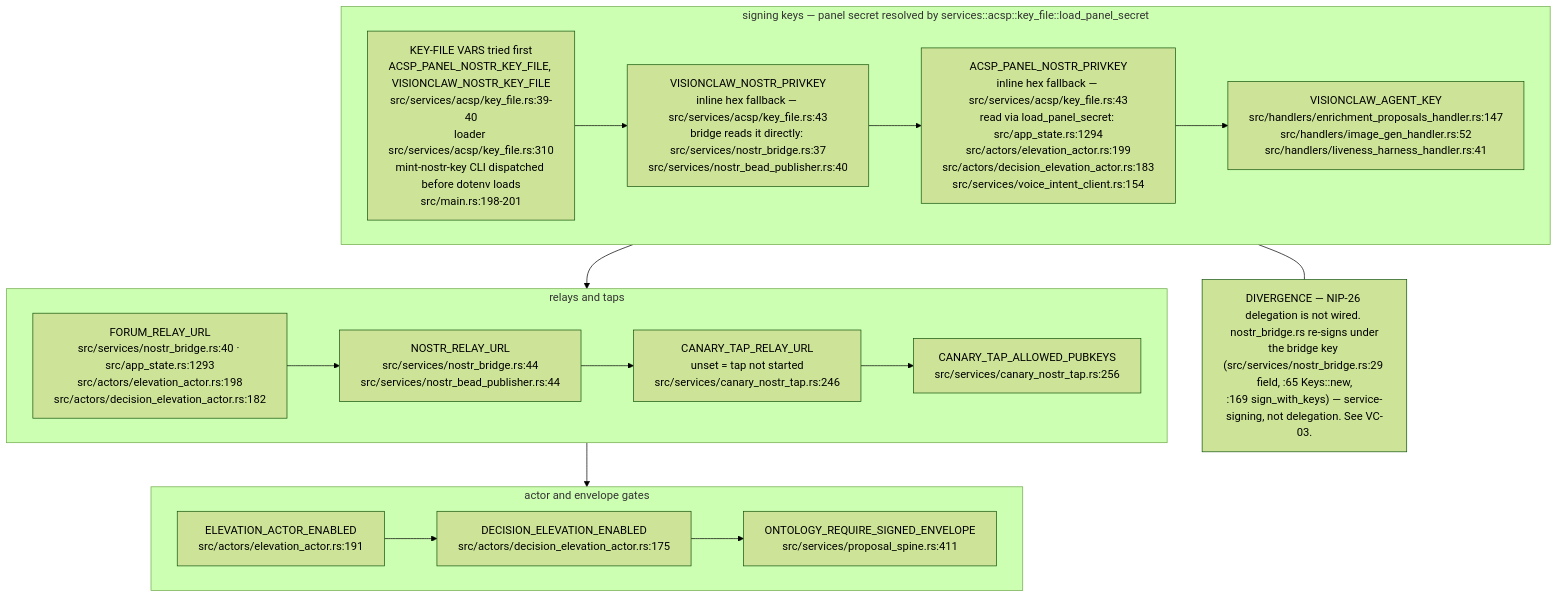
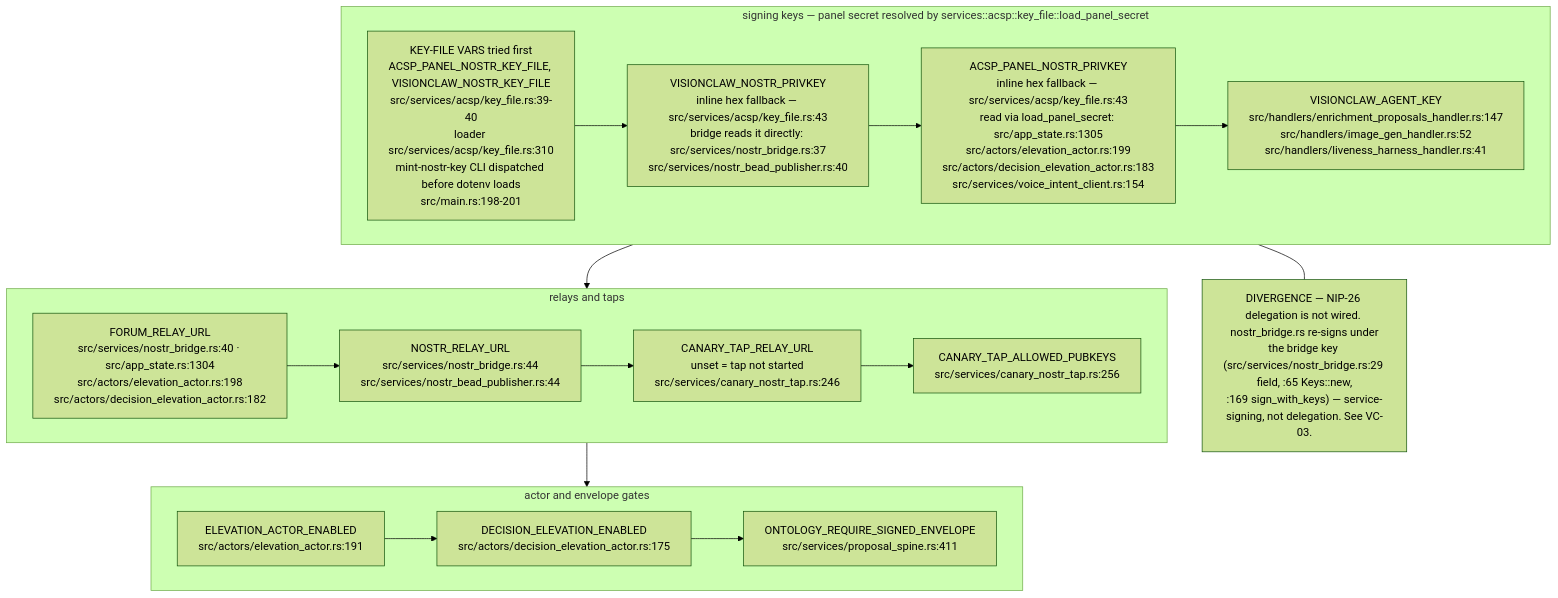
One commit to DreamLab-AI/VisionFlow changed the tenth of 16 diagrams in docs/diagrams/visionclaw/09-config-and-env-flags.md. Above: the diagram before and after it, drawn with Mermaid (forest theme). The commit also changed other lines of this file and 81 other files, not shown here.

First line of the commit message:
docs(diagrams): roll VisionClaw topics to main 010e1109b (PR 37 and 38 merged); fix remaining prose citations

````diff
--- a/docs/diagrams/visionclaw/09-config-and-env-flags.md
+++ b/docs/diagrams/visionclaw/09-config-and-env-flags.md
@@ -452,15 +452,15 @@
 ```mermaid
 flowchart TB
     subgraph KEYS["signing keys — panel secret resolved by services::acsp::key_file::load_panel_secret"]
-        K0["KEY-FILE VARS tried first<br/>ACSP_PANEL_NOSTR_KEY_FILE, VISIONCLAW_NOSTR_KEY_FILE<br/>src/services/acsp/key_file.rs:39-40<br/>loader src/services/acsp/key_file.rs:310<br/>mint-nostr-key CLI dispatched before dotenv loads<br/>src/main.rs:198-201"] --> K1["VISIONCLAW_NOSTR_PRIVKEY<br/>inline hex fallback — src/services/acsp/key_file.rs:43<br/>bridge reads it directly: src/services/nostr_bridge.rs:37<br/>src/services/nostr_bead_publisher.rs:40"] --> K2["ACSP_PANEL_NOSTR_PRIVKEY<br/>inline hex fallback — src/services/acsp/key_file.rs:43<br/>read via load_panel_secret: src/app_state.rs:1294<br/>src/actors/elevation_actor.rs:199<br/>src/actors/decision_elevation_actor.rs:183<br/>src/services/voice_intent_client.rs:154"] --> K3["VISIONCLAW_AGENT_KEY<br/>src/handlers/enrichment_proposals_handler.rs:147<br/>src/handlers/image_gen_handler.rs:52<br/>src/handlers/liveness_harness_handler.rs:41"]
+        K0["KEY-FILE VARS tried first<br/>ACSP_PANEL_NOSTR_KEY_FILE, VISIONCLAW_NOSTR_KEY_FILE<br/>src/services/acsp/key_file.rs:39-40<br/>loader src/services/acsp/key_file.rs:310<br/>mint-nostr-key CLI dispatched before dotenv loads<br/>src/main.rs:198-201"] --> K1["VISIONCLAW_NOSTR_PRIVKEY<br/>inline hex fallback — src/services/acsp/key_file.rs:43<br/>bridge reads it directly: src/services/nostr_bridge.rs:37<br/>src/services/nostr_bead_publisher.rs:40"] --> K2["ACSP_PANEL_NOSTR_PRIVKEY<br/>inline hex fallback — src/services/acsp/key_file.rs:43<br/>read via load_panel_secret: src/app_state.rs:1305<br/>src/actors/elevation_actor.rs:199<br/>src/actors/decision_elevation_actor.rs:183<br/>src/services/voice_intent_client.rs:154"] --> K3["VISIONCLAW_AGENT_KEY<br/>src/handlers/enrichment_proposals_handler.rs:147<br/>src/handlers/image_gen_handler.rs:52<br/>src/handlers/liveness_harness_handler.rs:41"]
     end
     subgraph RELAYS["relays and taps"]
-        R1["FORUM_RELAY_URL<br/>src/services/nostr_bridge.rs:40 · src/app_state.rs:1293<br/>src/actors/elevation_actor.rs:198<br/>src/actors/decision_elevation_actor.rs:182"] --> R2["NOSTR_RELAY_URL<br/>src/services/nostr_bridge.rs:44<br/>src/services/nostr_bead_publisher.rs:44"] --> R3["CANARY_TAP_RELAY_URL<br/>unset = tap not started<br/>src/services/canary_nostr_tap.rs:246"] --> R4["CANARY_TAP_ALLOWED_PUBKEYS<br/>src/services/canary_nostr_tap.rs:256"]
+        R1["FORUM_RELAY_URL<br/>src/services/nostr_bridge.rs:40 · src/app_state.rs:1304<br/>src/actors/elevation_actor.rs:198<br/>src/actors/decision_elevation_actor.rs:182"] --> R2["NOSTR_RELAY_URL<br/>src/services/nostr_bridge.rs:44<br/>src/services/nostr_bead_publisher.rs:44"] --> R3["CANARY_TAP_RELAY_URL<br/>unset = tap not started<br/>src/services/canary_nostr_tap.rs:246"] --> R4["CANARY_TAP_ALLOWED_PUBKEYS<br/>src/services/canary_nostr_tap.rs:256"]
     end
     subgraph GATES["actor and envelope gates"]
         G1["ELEVATION_ACTOR_ENABLED<br/>src/actors/elevation_actor.rs:191"] --> G2["DECISION_ELEVATION_ENABLED<br/>src/actors/decision_elevation_actor.rs:175"] --> G3["ONTOLOGY_REQUIRE_SIGNED_ENVELOPE<br/>src/services/proposal_spine.rs:411"]
     end
     KEYS --> RELAYS --> GATES
     N3["DIVERGENCE — NIP-26 delegation is not wired. nostr_bridge.rs re-signs under<br/>the bridge key (src/services/nostr_bridge.rs:29 field, :65 Keys::new,<br/>:169 sign_with_keys) — service-signing, not delegation. See VC-03."]
     KEYS --- N3
 ```
````
